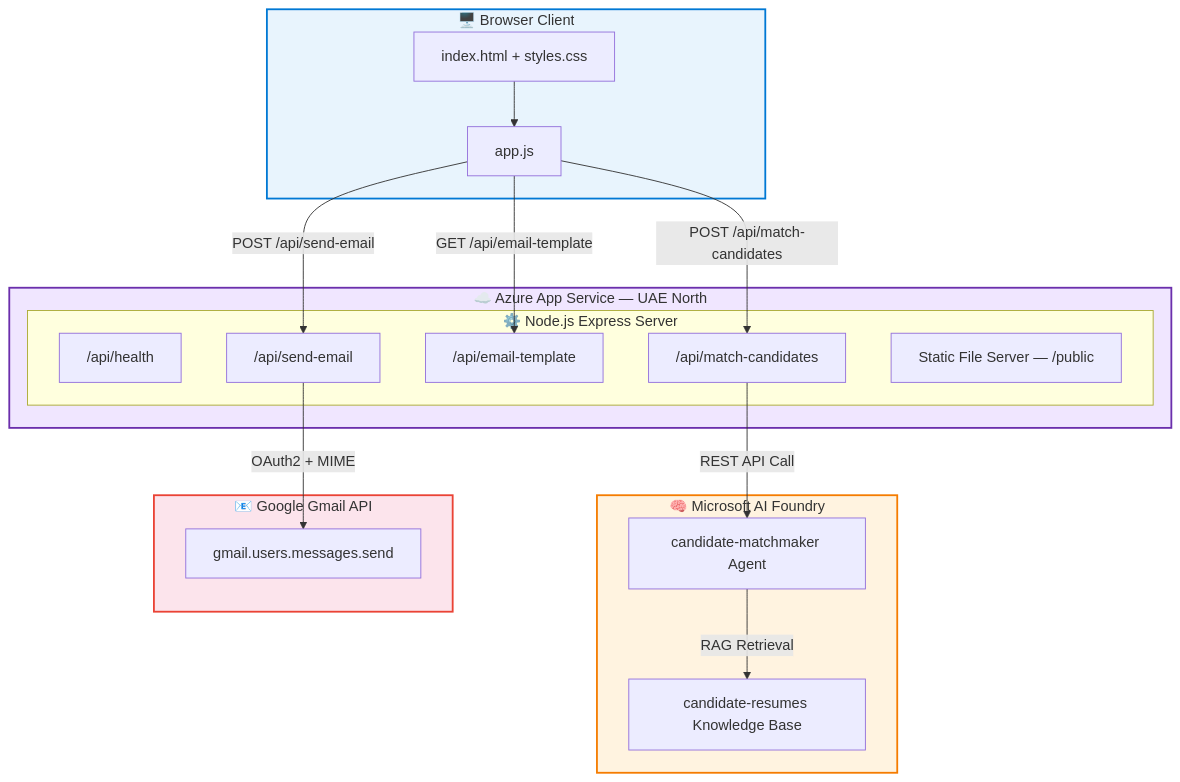
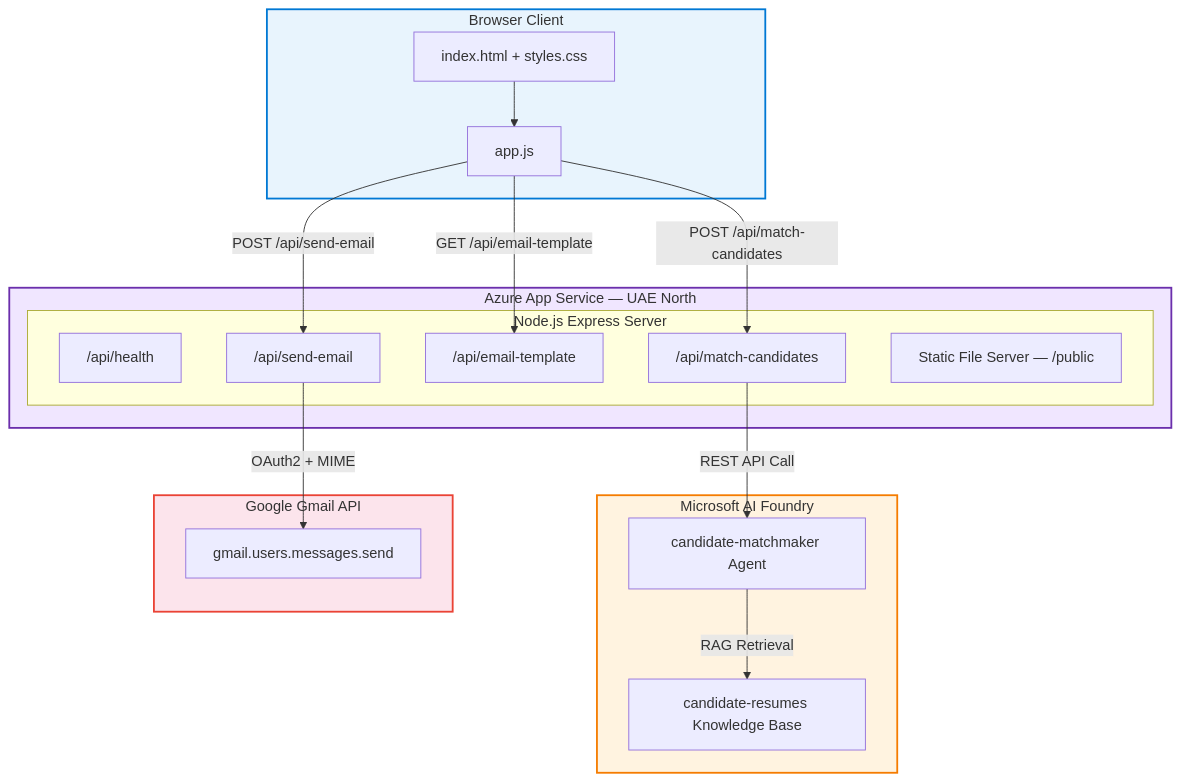
Before and after one commit to Parth-git7/Recruiter_AI_agent: the first of 2 diagrams in README.md, drawn with Mermaid. The commit also changed other lines of this file, not shown here.

````diff
--- a/README.md
+++ b/README.md
@@ -38,39 +38,39 @@
 ```mermaid
 graph TB
-    subgraph CLIENT["🖥️ Browser Client"]
+    subgraph CLIENT["Browser Client"]
         UI["index.html + styles.css"]
         JS["app.js"]
     end
 
-    subgraph AZURE_APP["☁️ Azure App Service — UAE North"]
-        subgraph SERVER["⚙️ Node.js Express Server"]
+    subgraph AZURE_APP["Azure App Service — UAE North"]
+        subgraph SERVER["Node.js Express Server"]
             API_HEALTH["/api/health"]
             API_MATCH["/api/match-candidates"]
             API_EMAIL_TEMPLATE["/api/email-template"]
             API_SEND_EMAIL["/api/send-email"]
             STATIC["Static File Server — /public"]
         end
     end
 
-    subgraph FOUNDRY["🧠 Microsoft AI Foundry"]
+    subgraph FOUNDRY["Microsoft AI Foundry"]
         AGENT["candidate-matchmaker Agent"]
         KB["candidate-resumes Knowledge Base"]
     end
 
-    subgraph GMAIL["📧 Google Gmail API"]
+    subgraph GMAIL["Google Gmail API"]
         GMAIL_SEND["gmail.users.messages.send"]
     end
 
     UI --> JS
     JS -->|"POST /api/match-candidates"| API_MATCH
     JS -->|"GET /api/email-template"| API_EMAIL_TEMPLATE
     JS -->|"POST /api/send-email"| API_SEND_EMAIL
     API_MATCH -->|"REST API Call"| AGENT
     AGENT -->|"RAG Retrieval"| KB
     API_SEND_EMAIL -->|"OAuth2 + MIME"| GMAIL_SEND
 
     style CLIENT fill:#e8f4fd,stroke:#0078D4,stroke-width:2px
     style AZURE_APP fill:#f0e6ff,stroke:#6B2FAC,stroke-width:2px
     style FOUNDRY fill:#fff3e0,stroke:#F57C00,stroke-width:2px
     style GMAIL fill:#fce4ec,stroke:#EA4335,stroke-width:2px
 ```
````
